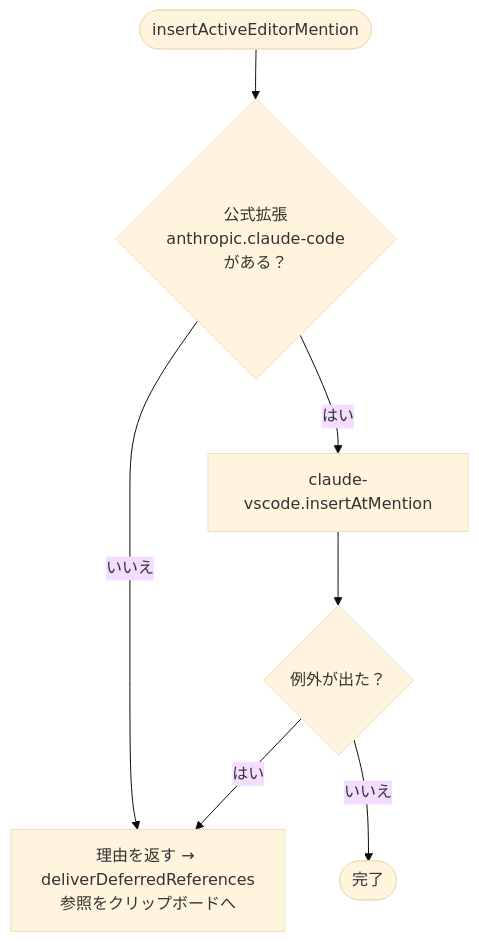
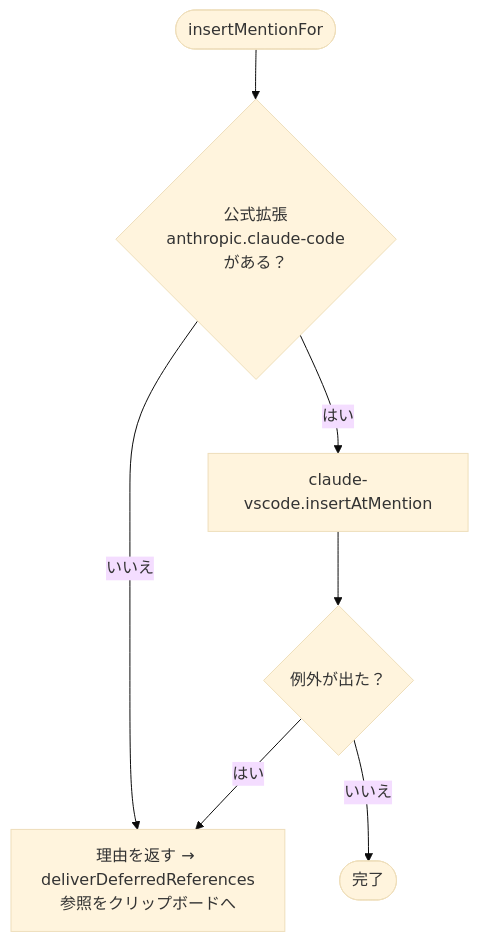
Before and after one commit to kip2/refs-to-chat: the sixth of 7 diagrams in docs/ARCHITECTURE.md, drawn with Mermaid (base theme). The commit also changed other lines of this file and 7 other files, not shown here.

````diff
--- a/docs/ARCHITECTURE.md
+++ b/docs/ARCHITECTURE.md
@@ -254,9 +257,9 @@
 ```mermaid
 flowchart TD
-  S([insertActiveEditorMention]) --> Q1{公式拡張<br/>anthropic.claude-code<br/>がある？}
+  S([insertMentionFor]) --> Q1{公式拡張<br/>anthropic.claude-code<br/>がある？}
   Q1 -- いいえ --> F[理由を返す → deliverDeferredReferences<br/>参照をクリップボードへ]
   Q1 -- はい --> P[claude-vscode.insertAtMention]
   P --> Q3{例外が出た？}
   Q3 -- はい --> F
   Q3 -- いいえ --> OK([完了])
 ```
````
